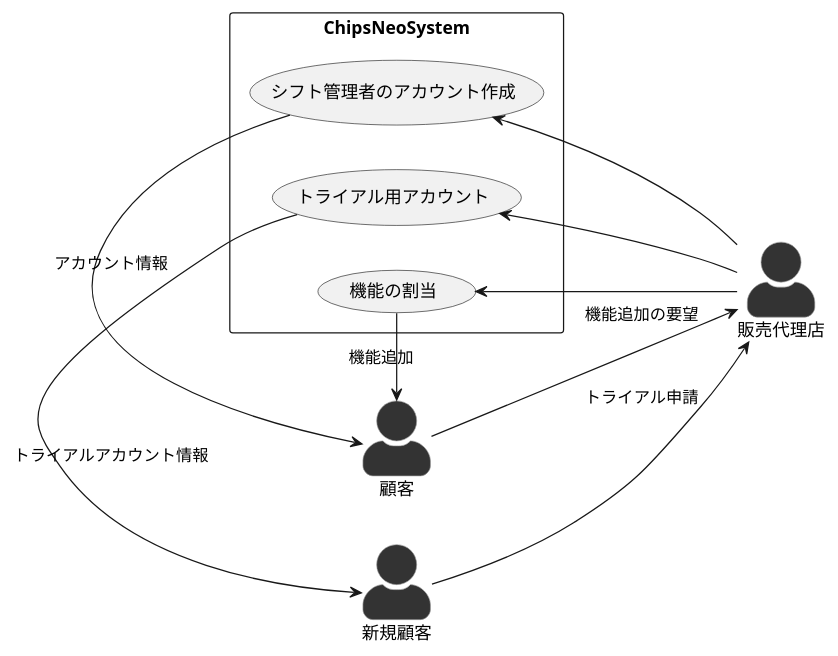
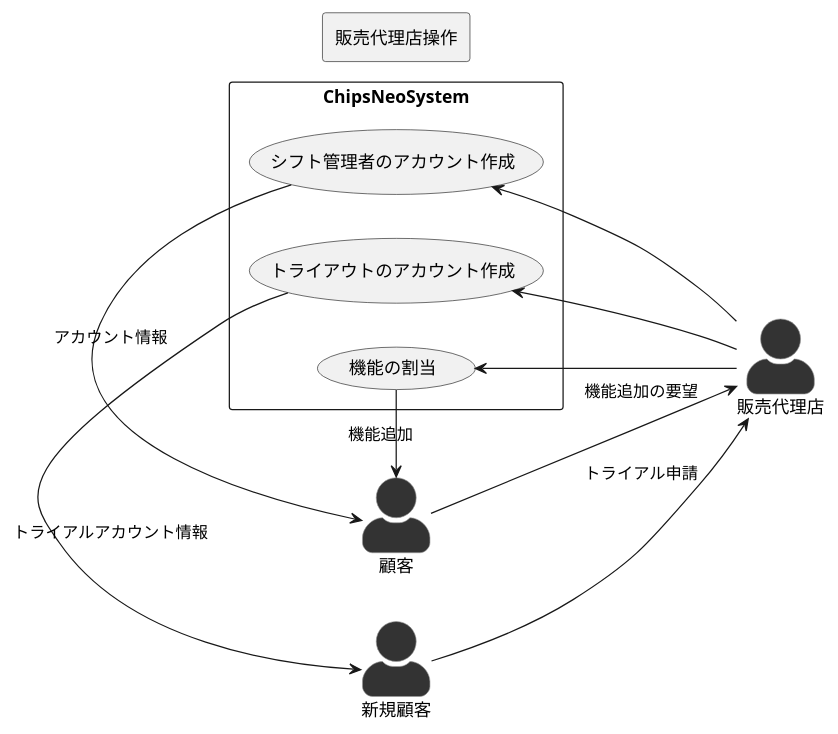
Before and after one commit to IsseiClockWise/NeoMaterials: the diagram in usecase/sales_agent.pu, drawn with PlantUML. The commit also changed 4 other files, not shown here.

```diff
--- a/usecase/sales_agent.pu
+++ b/usecase/sales_agent.pu
@@ -1,31 +1,34 @@
 @startuml 販売代理店
 
 left to right direction
 skinparam actorStyle awesome
 skinparam actor {
     BackgroundColor #333333
     BorderColor #999999
 }
 actor 販売代理店 as sales_agent
 actor 顧客 as client
 actor 新規顧客 as new_client
 
 
+rectangle 販売代理店操作 {
+}
+
 rectangle ChipsNeoSystem {
+    usecase "機能の割当" as feature
     usecase "シフト管理者のアカウント作成" as create
-    usecase "機能の割当" as feature
-    usecase "トライアル用アカウント" as trial
+    usecase "トライアウトのアカウント作成" as trial
 }
 
 sales_agent --> create
 create -right-> client :アカウント情報
 
 sales_agent -up-> feature
 feature --> client :機能追加
 
 client --> sales_agent :機能追加の要望
 
 new_client --> sales_agent :トライアル申請
 sales_agent --> trial
 trial --> new_client :トライアルアカウント情報
 @enduml
```
